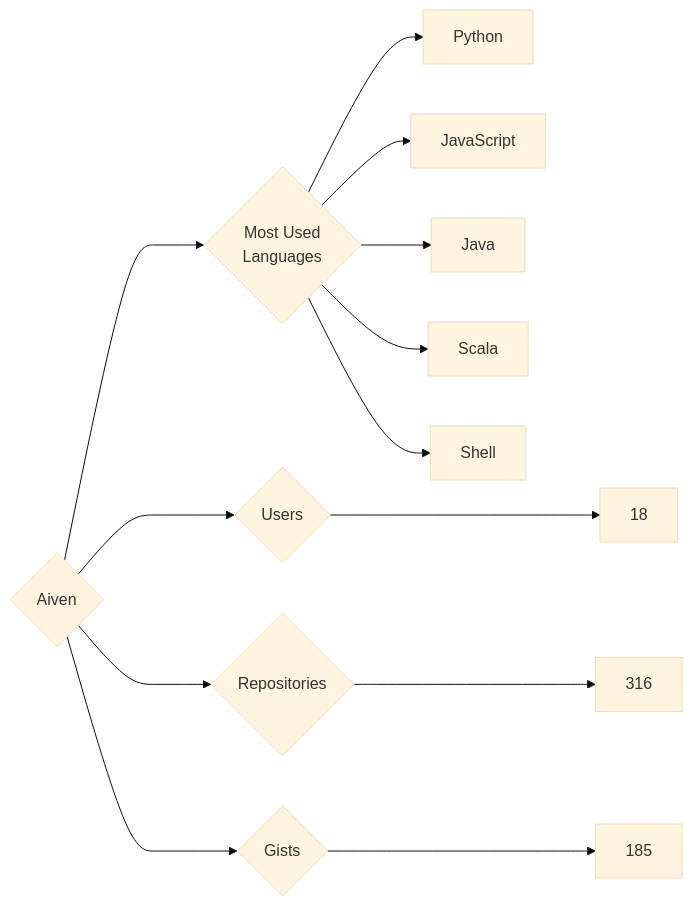
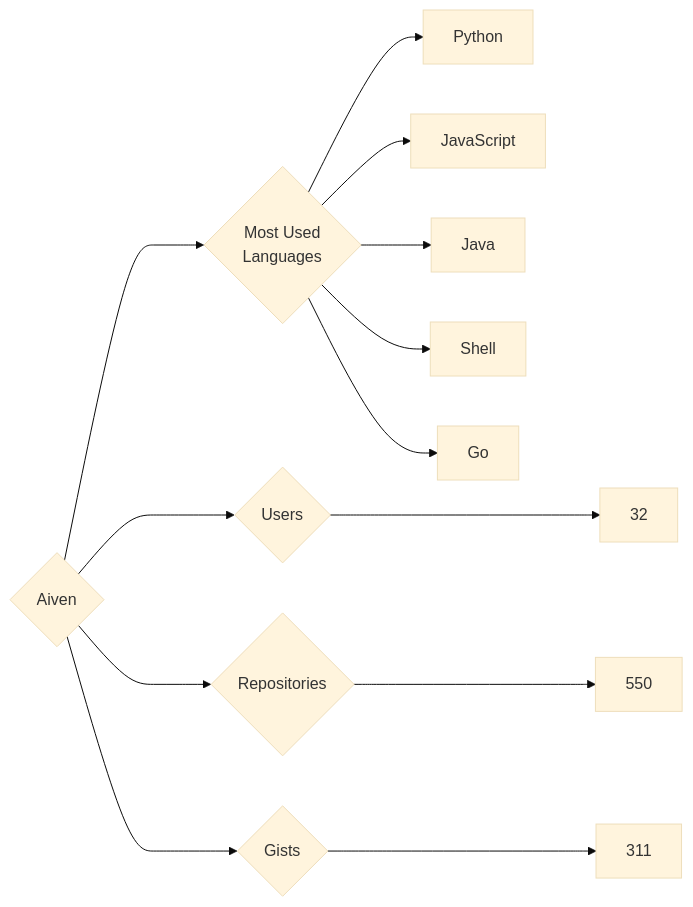
Before and after one commit to trickest/insiders: the diagram in targets/Aiven/README.md, drawn with Mermaid (base theme). The commit also changed 935 other files, not shown here.

````diff
--- a/targets/Aiven/README.md
+++ b/targets/Aiven/README.md
@@ -3,13 +3,13 @@
 ```mermaid
 graph LR
 COMPANY_NAME{Aiven}
-COMPANY_NAME ---> U{Users} ---> UN[18]
-COMPANY_NAME ---> R{Repositories} ---> RN[316]
-COMPANY_NAME ---> G{Gists} ---> GN[185]
+COMPANY_NAME ---> U{Users} ---> UN[32]
+COMPANY_NAME ---> R{Repositories} ---> RN[550]
+COMPANY_NAME ---> G{Gists} ---> GN[311]
 COMPANY_NAME ---> ML{Most Used<br>Languages}
 ML --> Python[Python]
 ML --> JavaScript[JavaScript]
 ML --> Java[Java]
-ML --> Scala[Scala]
 ML --> Shell[Shell]
+ML --> Go[Go]
 ```
````
